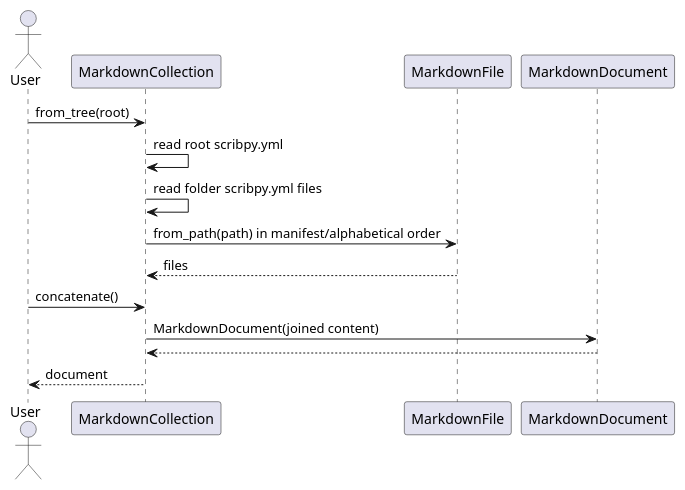
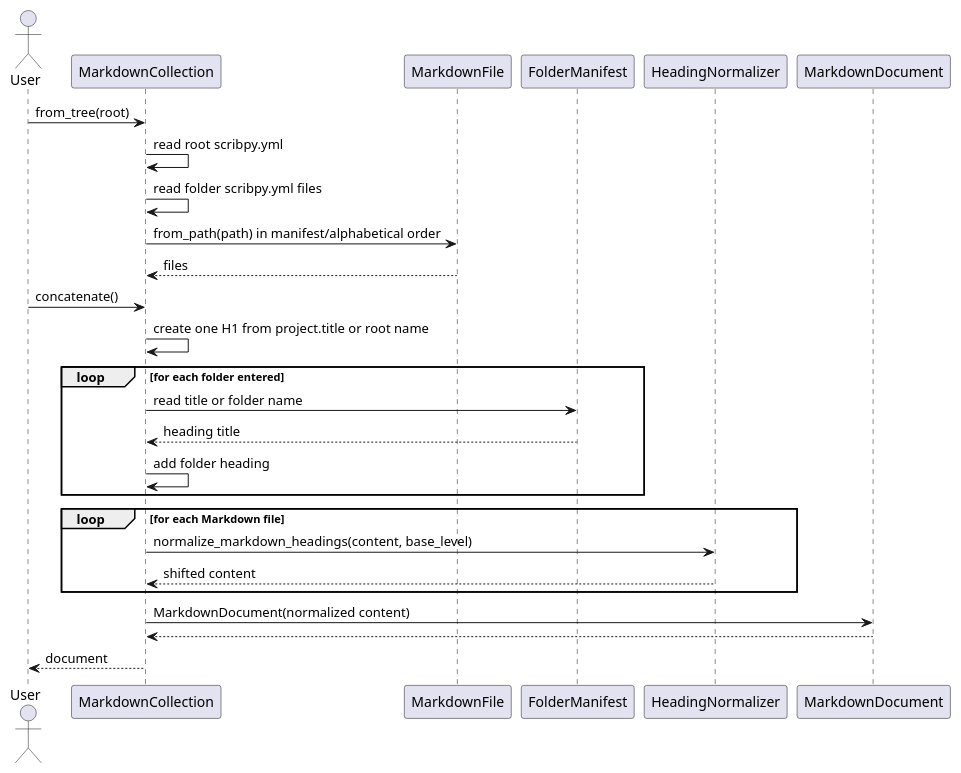
The fourth of 5 diagrams in doc/architecture-core.md (antoinebarre/scribpy), drawn with PlantUML before and after one commit. The commit also changed other lines of this file and 4 other files, not shown here.

Commit message:
feat: normalize heading

````diff
--- a/doc/architecture-core.md
+++ b/doc/architecture-core.md
@@ -194,18 +199,30 @@
 ```plantuml
 @startuml
 actor User
 participant "MarkdownCollection" as Collection
 participant "MarkdownFile" as File
+participant "FolderManifest" as Folder
+participant "HeadingNormalizer" as Headings
 participant "MarkdownDocument" as Document
 
 User -> Collection : from_tree(root)
 Collection -> Collection : read root scribpy.yml
 Collection -> Collection : read folder scribpy.yml files
 Collection -> File : from_path(path) in manifest/alphabetical order
 File --> Collection : files
 User -> Collection : concatenate()
-Collection -> Document : MarkdownDocument(joined content)
+Collection -> Collection : create one H1 from project.title or root name
+loop for each folder entered
+  Collection -> Folder : read title or folder name
+  Folder --> Collection : heading title
+  Collection -> Collection : add folder heading
+end
+loop for each Markdown file
+  Collection -> Headings : normalize_markdown_headings(content, base_level)
+  Headings --> Collection : shifted content
+end
+Collection -> Document : MarkdownDocument(normalized content)
 Document --> Collection
 Collection --> User : document
 @enduml
 ```
````
